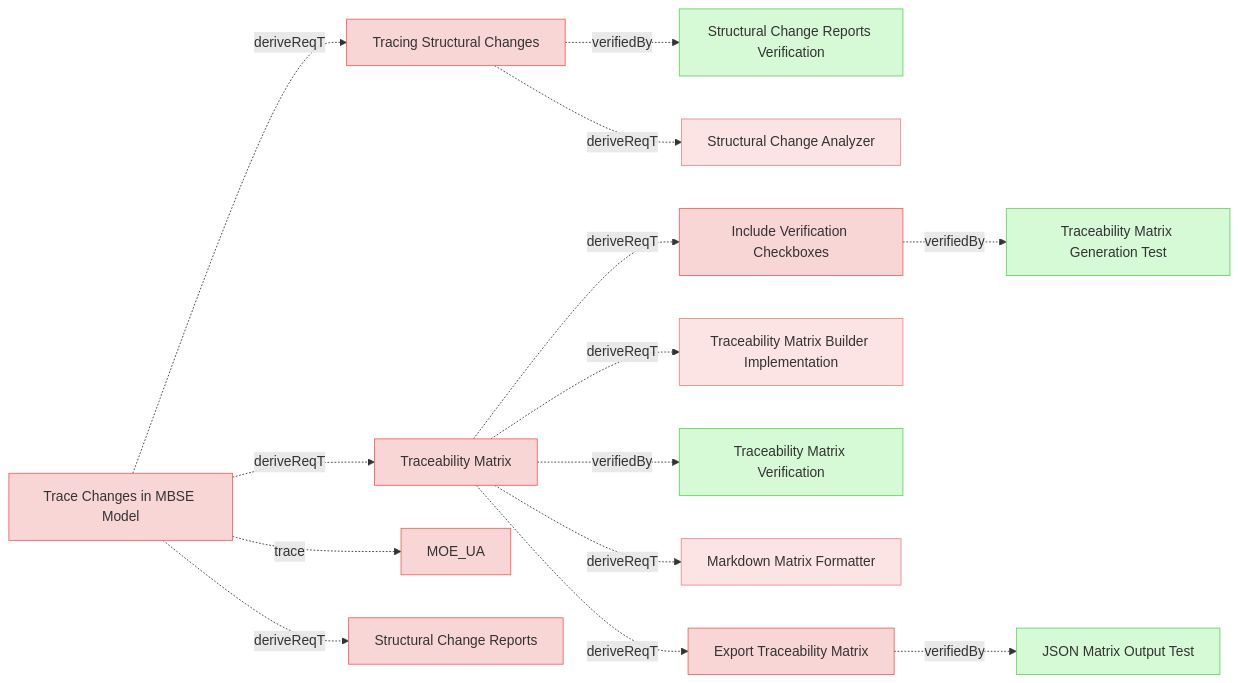
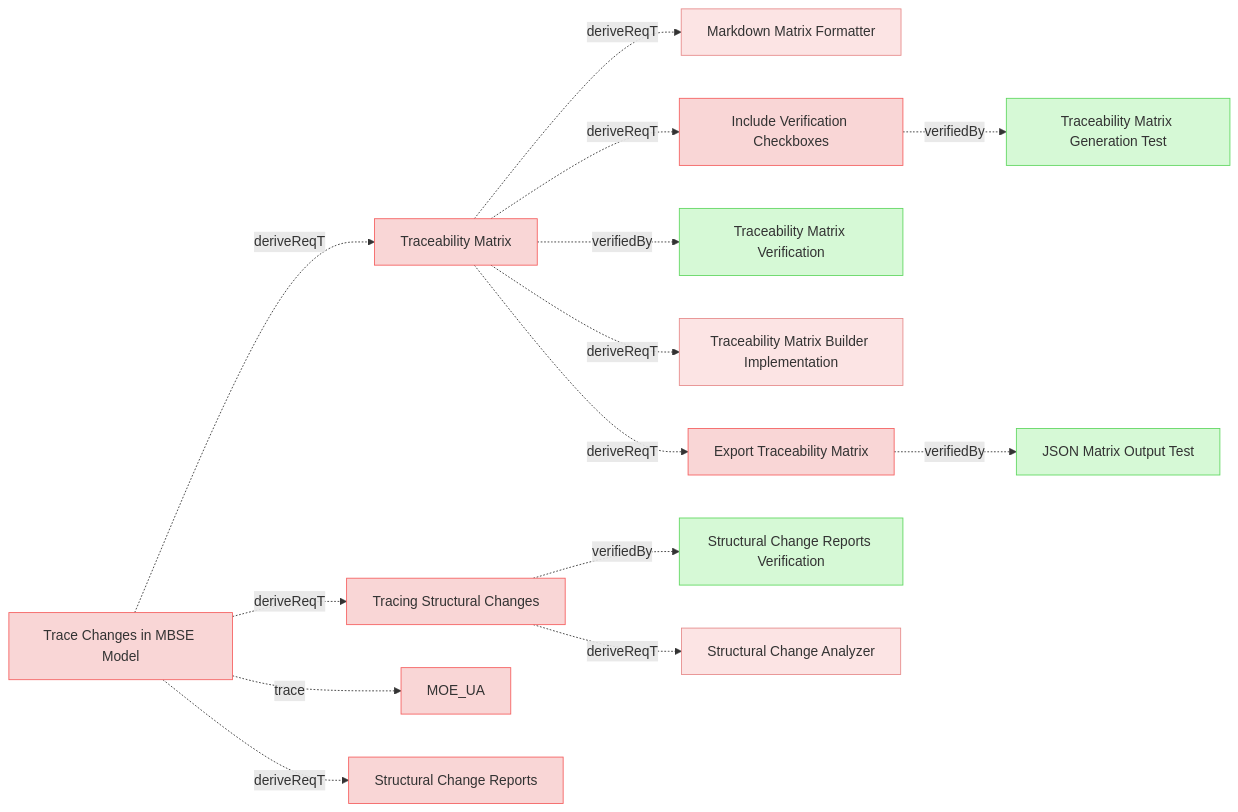
One commit to reqvire-org/reqvire changed the sixth of 9 diagrams in specifications/UserRequirements.md. Above: the diagram before and after it, drawn with Mermaid. The commit also changed other lines of this file and 25 other files, not shown here.

````diff
--- a/specifications/UserRequirements.md
+++ b/specifications/UserRequirements.md
@@ -818,65 +818,65 @@
 ```mermaid
 graph LR;
   %% REQVIRE-AUTOGENERATED-DIAGRAM
   %% Graph styling
   classDef userRequirement fill:#f9d6d6,stroke:#f55f5f,stroke-width:1px;
   classDef systemRequirement fill:#fce4e4,stroke:#e68a8a,stroke-width:1px;
   classDef verification fill:#d6f9d6,stroke:#5fd75f,stroke-width:1px;
   classDef default fill:#f5f5f5,stroke:#333333,stroke-width:1px;
 
+  4e30ea0930dc9c26["Traceability Matrix"];
+  class 4e30ea0930dc9c26 userRequirement;
+  click 4e30ea0930dc9c26 "UserRequirements.md#traceability-matrix";
+  1b7491b67a792bc9["Markdown Matrix Formatter"];
+  class 1b7491b67a792bc9 systemRequirement;
+  click 1b7491b67a792bc9 "SystemRequirements/Requirements.md#markdown-matrix-formatter";
+  4e30ea0930dc9c26 -.->|deriveReqT| 1b7491b67a792bc9;
+  6d32b919c82784b7["Include Verification Checkboxes"];
+  class 6d32b919c82784b7 userRequirement;
+  click 6d32b919c82784b7 "UserRequirements.md#include-verification-checkboxes";
+  4e30ea0930dc9c26 -.->|deriveReqT| 6d32b919c82784b7;
+  11c3285e74c8d60b["Traceability Matrix Verification"];
+  class 11c3285e74c8d60b verification;
+  click 11c3285e74c8d60b "Verifications/ChangeImpactTests.md#traceability-matrix-verification";
+  4e30ea0930dc9c26 -.->|verifiedBy| 11c3285e74c8d60b;
+  b55d8517cd3e58["Traceability Matrix Builder Implementation"];
+  class b55d8517cd3e58 systemRequirement;
+  click b55d8517cd3e58 "SystemRequirements/Requirements.md#traceability-matrix-builder-implementation";
+  4e30ea0930dc9c26 -.->|deriveReqT| b55d8517cd3e58;
+  7de9a55d6102af23["Export Traceability Matrix"];
+  class 7de9a55d6102af23 userRequirement;
+  click 7de9a55d6102af23 "UserRequirements.md#export-traceability-matrix";
+  4e30ea0930dc9c26 -.->|deriveReqT| 7de9a55d6102af23;
   d7b7b13a5b8d96e1["Tracing Structural Changes"];
   class d7b7b13a5b8d96e1 userRequirement;
   click d7b7b13a5b8d96e1 "UserRequirements.md#tracing-structural-changes";
   b0e8adb6596a35e7["Structural Change Reports Verification"];
   class b0e8adb6596a35e7 verification;
   click b0e8adb6596a35e7 "Verifications/ChangeImpactTests.md#structural-change-reports-verification";
   d7b7b13a5b8d96e1 -.->|verifiedBy| b0e8adb6596a35e7;
   d34d7e14d2a235a2["Structural Change Analyzer"];
   class d34d7e14d2a235a2 systemRequirement;
   click d34d7e14d2a235a2 "SystemRequirements/Requirements.md#structural-change-analyzer";
   d7b7b13a5b8d96e1 -.->|deriveReqT| d34d7e14d2a235a2;
-  6d32b919c82784b7["Include Verification Checkboxes"];
-  class 6d32b919c82784b7 userRequirement;
-  click 6d32b919c82784b7 "UserRequirements.md#include-verification-checkboxes";
   aa85c85e7c41d899["Traceability Matrix Generation Test"];
   class aa85c85e7c41d899 verification;
   click aa85c85e7c41d899 "Verifications/TreacibilityMatrix.md#traceability-matrix-generation-test";
   6d32b919c82784b7 -.->|verifiedBy| aa85c85e7c41d899;
-  4e30ea0930dc9c26["Traceability Matrix"];
-  class 4e30ea0930dc9c26 userRequirement;
-  click 4e30ea0930dc9c26 "UserRequirements.md#traceability-matrix";
-  b55d8517cd3e58["Traceability Matrix Builder Implementation"];
-  class b55d8517cd3e58 systemRequirement;
-  click b55d8517cd3e58 "SystemRequirements/Requirements.md#traceability-matrix-builder-implementation";
-  4e30ea0930dc9c26 -.->|deriveReqT| b55d8517cd3e58;
-  11c3285e74c8d60b["Traceability Matrix Verification"];
-  class 11c3285e74c8d60b verification;
-  click 11c3285e74c8d60b "Verifications/ChangeImpactTests.md#traceability-matrix-verification";
-  4e30ea0930dc9c26 -.->|verifiedBy| 11c3285e74c8d60b;
-  4e30ea0930dc9c26 -.->|deriveReqT| 6d32b919c82784b7;
-  1b7491b67a792bc9["Markdown Matrix Formatter"];
-  class 1b7491b67a792bc9 systemRequirement;
-  click 1b7491b67a792bc9 "SystemRequirements/Requirements.md#markdown-matrix-formatter";
-  4e30ea0930dc9c26 -.->|deriveReqT| 1b7491b67a792bc9;
-  7de9a55d6102af23["Export Traceability Matrix"];
-  class 7de9a55d6102af23 userRequirement;
-  click 7de9a55d6102af23 "UserRequirements.md#export-traceability-matrix";
-  4e30ea0930dc9c26 -.->|deriveReqT| 7de9a55d6102af23;
   50c290277850dd17["JSON Matrix Output Test"];
   class 50c290277850dd17 verification;
   click 50c290277850dd17 "Verifications/TreacibilityMatrix.md#json-matrix-output-test";
   7de9a55d6102af23 -.->|verifiedBy| 50c290277850dd17;
   5ef9c8ae19a9f55a["Trace Changes in MBSE Model"];
   class 5ef9c8ae19a9f55a userRequirement;
   click 5ef9c8ae19a9f55a "UserStories.md#trace-changes-in-mbse-model";
   2c5f30f14e792200["MOE_UA"];
   class 2c5f30f14e792200 userRequirement;
   click 2c5f30f14e792200 "MOEs.md#moe_ua";
   5ef9c8ae19a9f55a -.->|trace| 2c5f30f14e792200;
+  5ef9c8ae19a9f55a -.->|deriveReqT| 4e30ea0930dc9c26;
+  5ef9c8ae19a9f55a -.->|deriveReqT| d7b7b13a5b8d96e1;
   1908501a80db5c46["Structural Change Reports"];
   class 1908501a80db5c46 userRequirement;
   click 1908501a80db5c46 "UserRequirements.md#structural-change-reports";
   5ef9c8ae19a9f55a -.->|deriveReqT| 1908501a80db5c46;
-  5ef9c8ae19a9f55a -.->|deriveReqT| d7b7b13a5b8d96e1;
-  5ef9c8ae19a9f55a -.->|deriveReqT| 4e30ea0930dc9c26;
 ```
````
